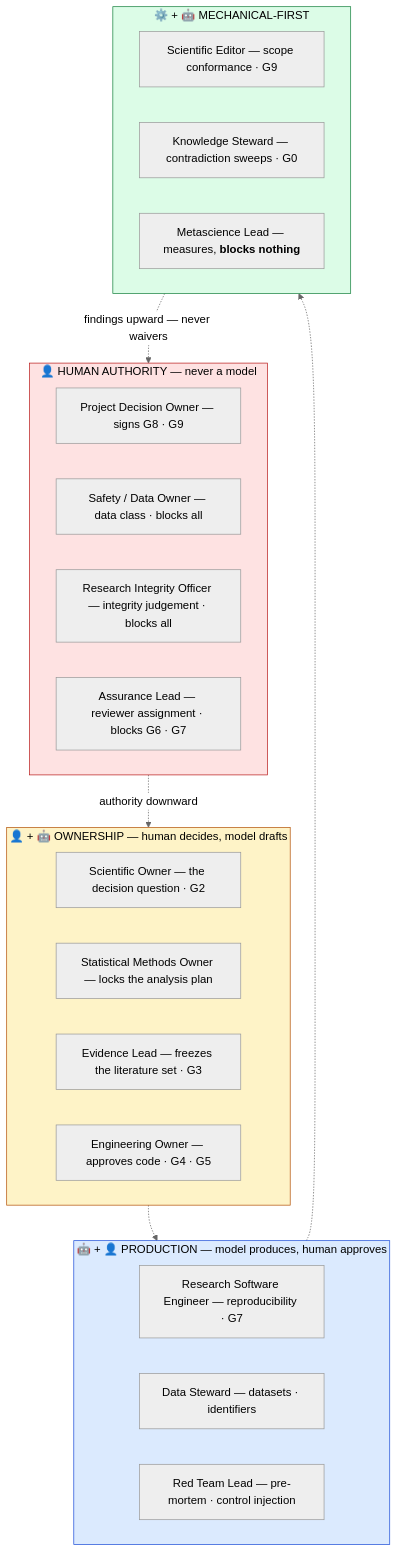
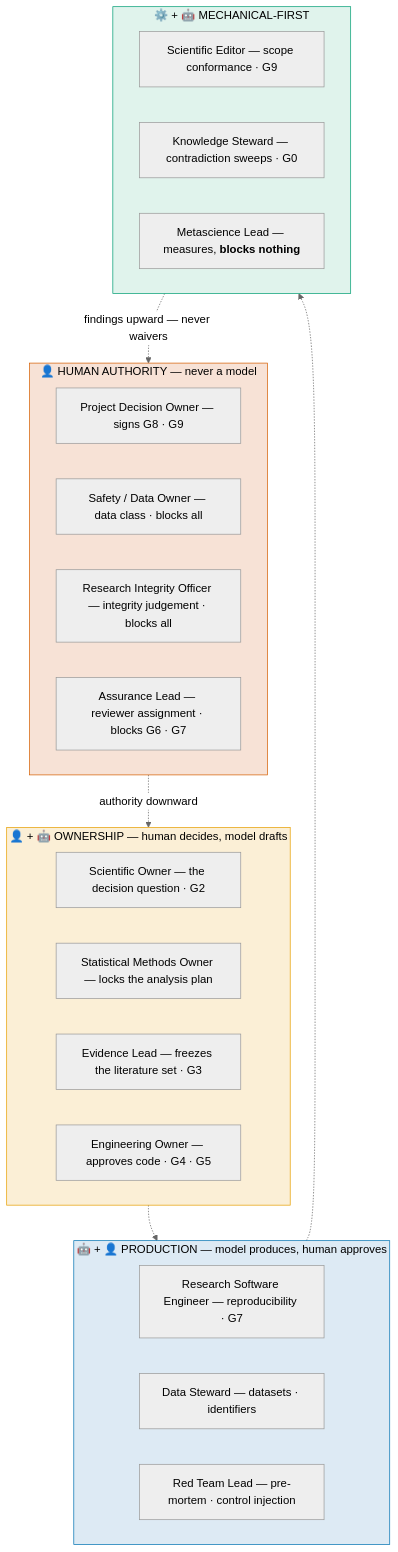
One commit to furkanhanilci/AETHRION changed diagram 12 of 22 in docs/architecture/AIRL_OS_ARCHITECTURE.md. Above: the diagram before and after it, drawn with Mermaid (neutral theme). The commit also changed other lines of this file and 32 other files, not shown here.

````diff
--- a/docs/architecture/AIRL_OS_ARCHITECTURE.md
+++ b/docs/architecture/AIRL_OS_ARCHITECTURE.md
@@ -371,32 +414,32 @@
 ```mermaid
 flowchart TD
     subgraph AUTH["👤 HUMAN AUTHORITY — never a model"]
         A1["Project Decision Owner — signs G8 · G9"]
         A2["Safety / Data Owner — data class · blocks all"]
         A3["Research Integrity Officer — integrity judgement · blocks all"]
         A4["Assurance Lead — reviewer assignment · blocks G6 · G7"]
     end
     subgraph OWN["👤 + 🤖 OWNERSHIP — human decides, model drafts"]
         B1["Scientific Owner — the decision question · G2"]
         B2["Statistical Methods Owner — locks the analysis plan"]
         B3["Evidence Lead — freezes the literature set · G3"]
         B4["Engineering Owner — approves code · G4 · G5"]
     end
     subgraph PROD["🤖 + 👤 PRODUCTION — model produces, human approves"]
         C1["Research Software Engineer — reproducibility · G7"]
         C2["Data Steward — datasets · identifiers"]
         C3["Red Team Lead — pre-mortem · control injection"]
     end
     subgraph MECHR["⚙️ + 🤖 MECHANICAL-FIRST"]
         D1["Scientific Editor — scope conformance · G9"]
         D2["Knowledge Steward — contradiction sweeps · G0"]
         D3["Metascience Lead — measures, <b>blocks nothing</b>"]
     end
     AUTH -.->|"authority downward"| OWN -.-> PROD -.-> MECHR
     MECHR -.->|"findings upward — never waivers"| AUTH
 
-    style AUTH fill:#fee2e2,stroke:#b91c1c,color:#000
-    style OWN fill:#fef3c7,stroke:#b45309,color:#000
-    style PROD fill:#dbeafe,stroke:#1d4ed8,color:#000
-    style MECHR fill:#dcfce7,stroke:#15803d,color:#000
+    style AUTH fill:#F7E2D6,stroke:#D55E00,color:#000
+    style OWN fill:#FBEFD6,stroke:#E69F00,color:#000
+    style PROD fill:#DDEAF4,stroke:#0072B2,color:#000
+    style MECHR fill:#E0F3EC,stroke:#009E73,color:#000
 ```
````
